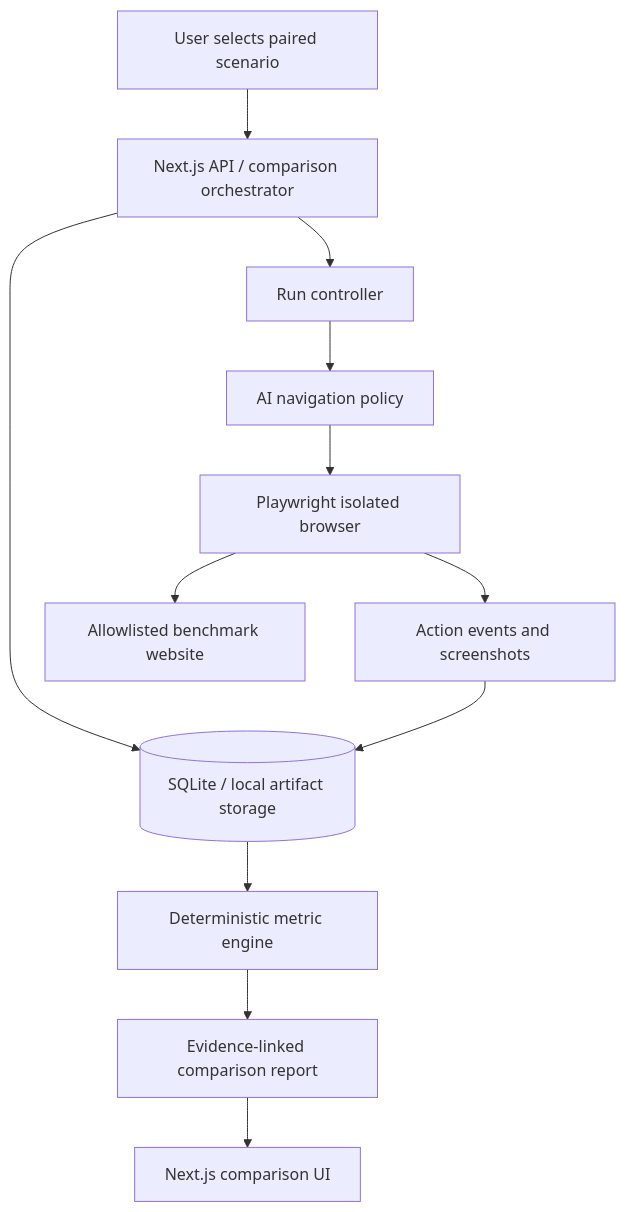
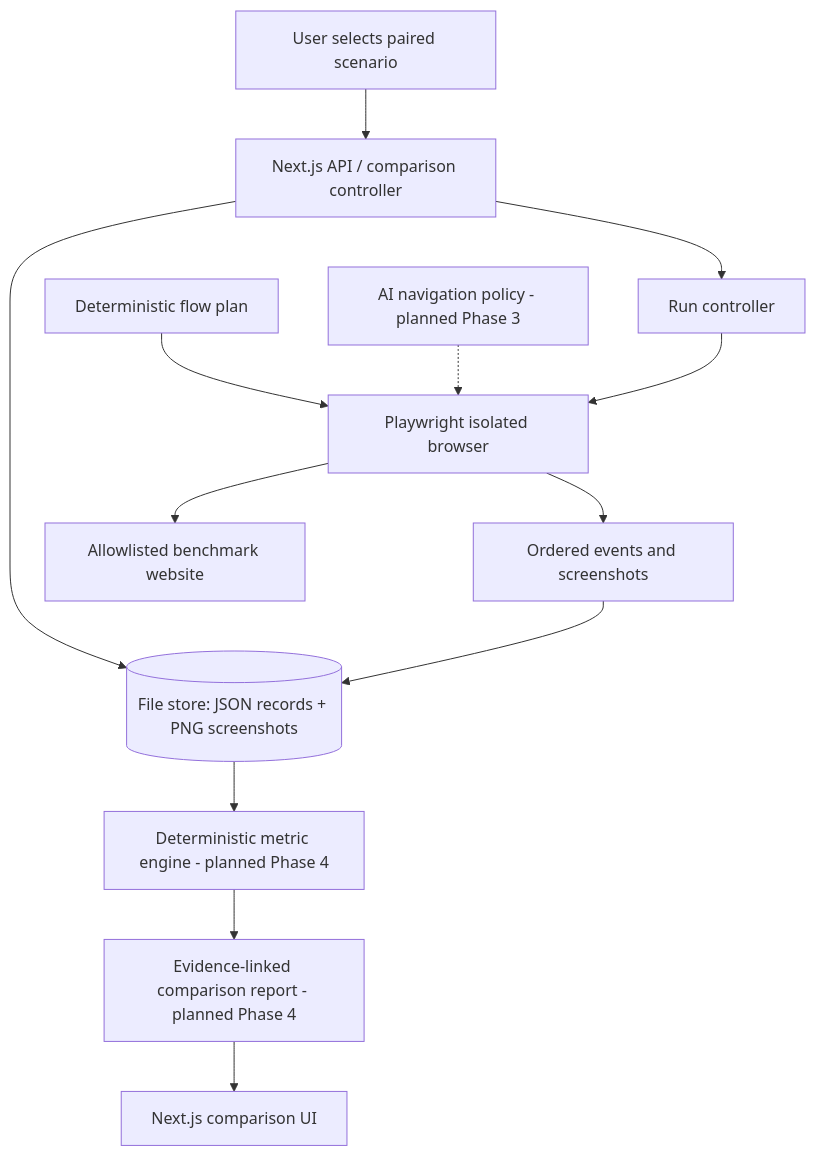
One commit to 1tsDaksh/choiceMirror changed the diagram in docs/Architecture.md. Above: the diagram before and after it, drawn with Mermaid. The commit also changed other lines of this file and 57 other files, not shown here.

First line of the commit message:
feat: Phase 2 browser runner and evidence capture (#3)

````diff
--- a/docs/Architecture.md
+++ b/docs/Architecture.md
@@ -9,14 +9,15 @@
 ```mermaid
 flowchart TD
-  U[User selects paired scenario] --> API[Next.js API / comparison orchestrator]
-  API --> DB[(SQLite / local artifact storage)]
+  U[User selects paired scenario] --> API[Next.js API / comparison controller]
+  API --> DB[(File store: JSON records + PNG screenshots)]
   API --> Q[Run controller]
-  Q --> A[AI navigation policy]
-  A --> P[Playwright isolated browser]
+  Q --> P[Playwright isolated browser]
+  F[Deterministic flow plan] --> P
+  A[AI navigation policy - planned Phase 3] -.-> P
   P --> B[Allowlisted benchmark website]
-  P --> E[Action events and screenshots]
+  P --> E[Ordered events and screenshots]
   E --> DB
-  DB --> S[Deterministic metric engine]
-  S --> R[Evidence-linked comparison report]
+  DB --> S[Deterministic metric engine - planned Phase 4]
+  S --> R[Evidence-linked comparison report - planned Phase 4]
   R --> UI[Next.js comparison UI]
 ```
````
